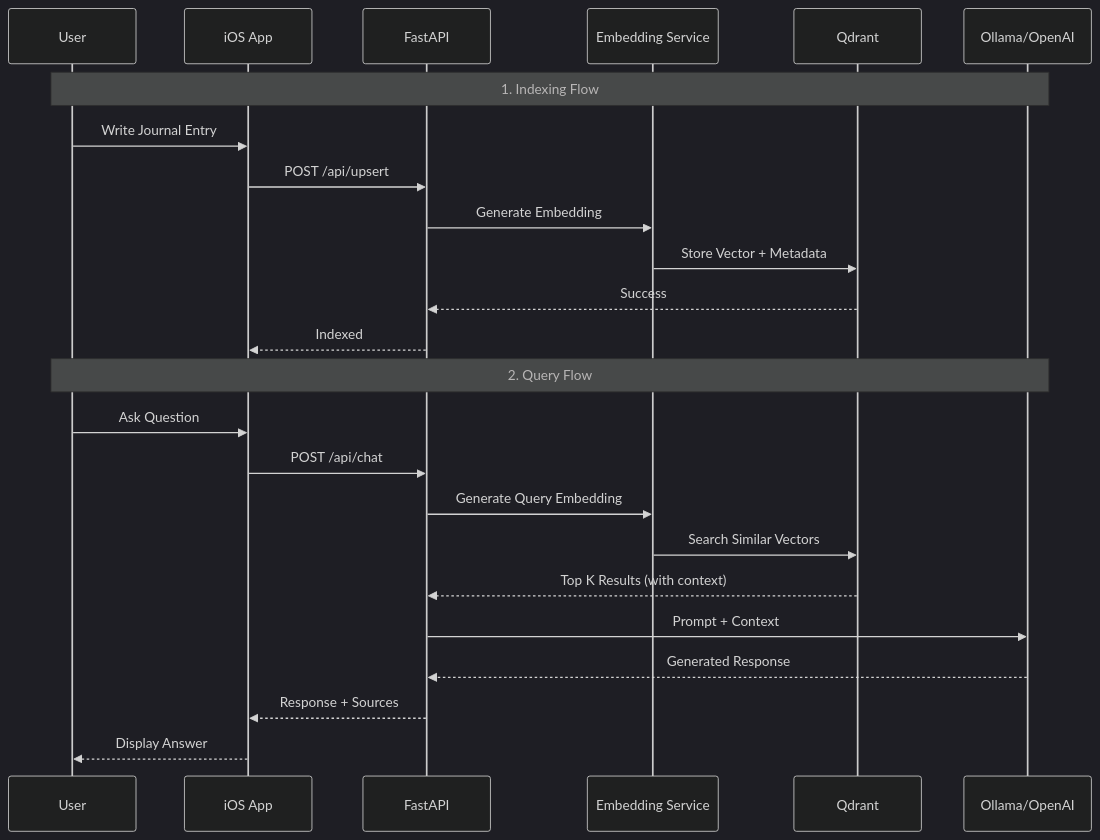
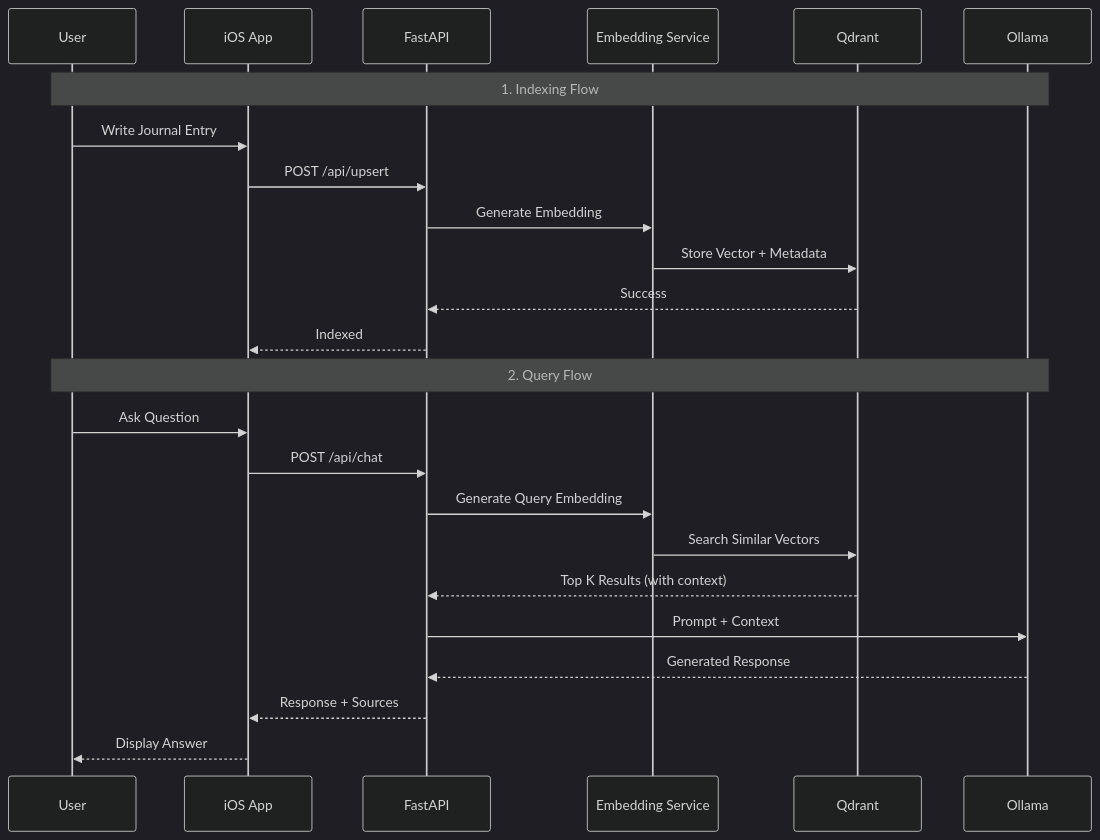
The second of 3 diagrams in README.md (senthil-sekar/MindVault), drawn with Mermaid (dark theme) before and after one commit. The commit also changed other lines of this file and 8 other files, not shown here.

````diff
--- a/README.md
+++ b/README.md
@@ -117,28 +111,28 @@
 ```mermaid
 sequenceDiagram
     participant User
     participant iOS as iOS App
     participant API as FastAPI
     participant Embed as Embedding Service
     participant VectorDB as Qdrant
-    participant LLM as Ollama/OpenAI
+    participant LLM as Ollama
     
     Note over User,LLM: 1. Indexing Flow
     User->>iOS: Write Journal Entry
     iOS->>API: POST /api/upsert
     API->>Embed: Generate Embedding
     Embed->>VectorDB: Store Vector + Metadata
     VectorDB-->>API: Success
     API-->>iOS: Indexed
     
     Note over User,LLM: 2. Query Flow
     User->>iOS: Ask Question
     iOS->>API: POST /api/chat
     API->>Embed: Generate Query Embedding
     Embed->>VectorDB: Search Similar Vectors
     VectorDB-->>API: Top K Results (with context)
     API->>LLM: Prompt + Context
     LLM-->>API: Generated Response
     API-->>iOS: Response + Sources
     iOS-->>User: Display Answer
 ```
````
